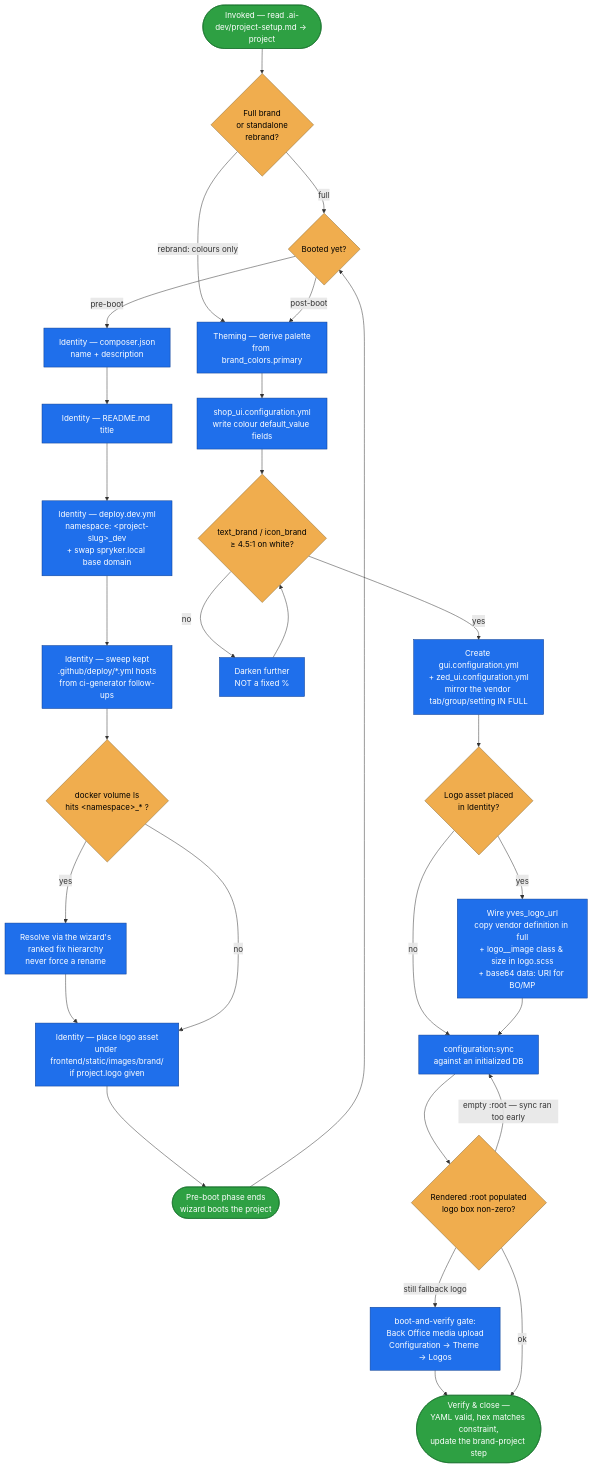
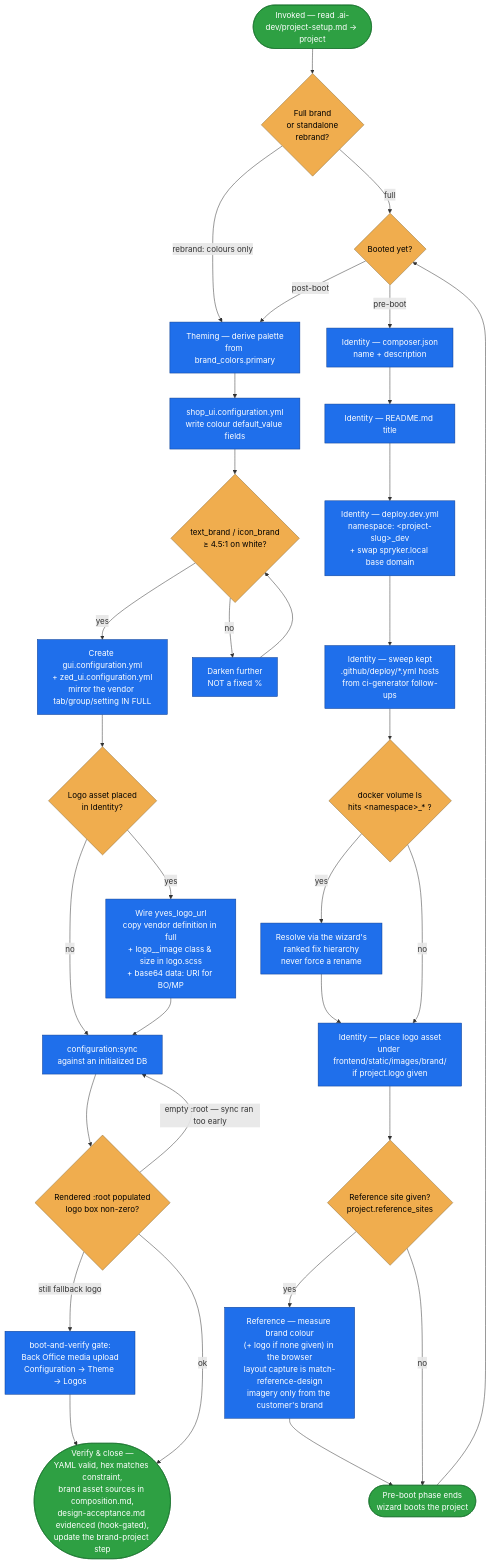
One commit to spryker-sdk/ai-dev changed the diagram in plugins/spryker-ai-dev-sdk/skills/brand-project/README.md. Above: the diagram before and after it, drawn with Mermaid. The commit also changed other lines of this file and 121 other files, not shown here.

````diff
--- a/plugins/spryker-ai-dev-sdk/skills/brand-project/README.md
+++ b/plugins/spryker-ai-dev-sdk/skills/brand-project/README.md
@@ -30,41 +30,45 @@
 ```mermaid
 flowchart TD
     A([Invoked — read .ai-dev/project-setup.md → project]) --> MODE{"Full brand<br/>or standalone<br/>rebrand?"}
 
     MODE -- "rebrand: colours only" --> T0
     MODE -- "full" --> BOOT{"Booted yet?"}
 
     BOOT -- "pre-boot" --> I1["Identity — composer.json<br/>name + description"]
     I1 --> I2["Identity — README.md title"]
     I2 --> I3["Identity — deploy.dev.yml<br/>namespace: &lt;project-slug&gt;_dev<br/>+ swap spryker.local base domain"]
     I3 --> I4["Identity — sweep kept<br/>.github/deploy/*.yml hosts<br/>from ci-generator follow-ups"]
     I4 --> VOL{"docker volume ls<br/>hits &lt;namespace&gt;_* ?"}
     VOL -- "yes" --> FIX["Resolve via the wizard's<br/>ranked fix hierarchy<br/>never force a rename"]
     FIX --> I5
     VOL -- "no" --> I5["Identity — place logo asset<br/>under frontend/static/images/brand/<br/>if project.logo given"]
-    I5 --> WAIT([Pre-boot phase ends<br/>wizard boots the project])
+    I5 --> C{"Reference site given?<br/>project.reference_sites"}
+    C -- "yes" --> COMP["Reference — measure brand colour<br/>(+ logo if none given) in the browser<br/>layout capture is match-reference-design<br/>imagery only from the customer's brand"]
+    COMP --> WAIT
+    C -- "no" --> WAIT
+    WAIT([Pre-boot phase ends<br/>wizard boots the project])
     WAIT --> BOOT
 
     BOOT -- "post-boot" --> T0["Theming — derive palette<br/>from brand_colors.primary"]
     T0 --> T1["shop_ui.configuration.yml<br/>write colour default_value fields"]
     T1 --> CONTRAST{"text_brand / icon_brand<br/>≥ 4.5:1 on white?"}
     CONTRAST -- "no" --> DARK["Darken further<br/>NOT a fixed %"]
     DARK --> CONTRAST
     CONTRAST -- "yes" --> T2["Create gui.configuration.yml<br/>+ zed_ui.configuration.yml<br/>mirror the vendor tab/group/setting IN FULL"]
     T2 --> T3{"Logo asset placed<br/>in Identity?"}
     T3 -- "no" --> T5
     T3 -- "yes" --> T4["Wire yves_logo_url<br/>copy vendor definition in full<br/>+ logo__image class &amp; size in logo.scss<br/>+ base64 data: URI for BO/MP"]
     T4 --> T5["configuration:sync<br/>against an initialized DB"]
     T5 --> V{"Rendered :root populated<br/>logo box non-zero?"}
     V -- "empty :root — sync ran too early" --> T5
     V -- "still fallback logo" --> UPLOAD["boot-and-verify gate:<br/>Back Office media upload<br/>Configuration → Theme → Logos"]
     UPLOAD --> Z
-    V -- "ok" --> Z(["Verify &amp; close —<br/>YAML valid, hex matches constraint,<br/>update the brand-project step"])
+    V -- "ok" --> Z(["Verify &amp; close —<br/>YAML valid, hex matches constraint,<br/>brand asset sources in composition.md,<br/>design-acceptance.md evidenced (hook-gated),<br/>update the brand-project step"])
 
     classDef step fill:#1f6feb,stroke:#0b3d91,color:#fff;
     classDef decision fill:#f0ad4e,stroke:#8a6d3b,color:#000;
     classDef terminal fill:#2ea043,stroke:#176f2c,color:#fff;
-    class I1,I2,I3,I4,I5,T0,T1,T2,T4,T5,DARK,FIX,UPLOAD step;
-    class MODE,BOOT,VOL,CONTRAST,T3,V decision;
+    class I1,I2,I3,I4,I5,COMP,T0,T1,T2,T4,T5,DARK,FIX,UPLOAD step;
+    class MODE,BOOT,C,VOL,CONTRAST,T3,V decision;
     class A,WAIT,Z terminal;
 ```
````
